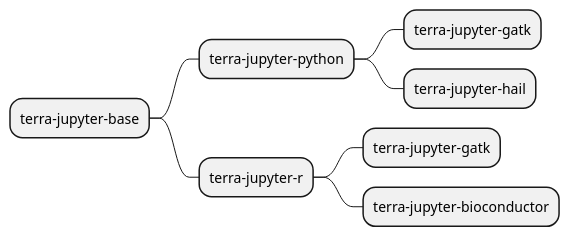
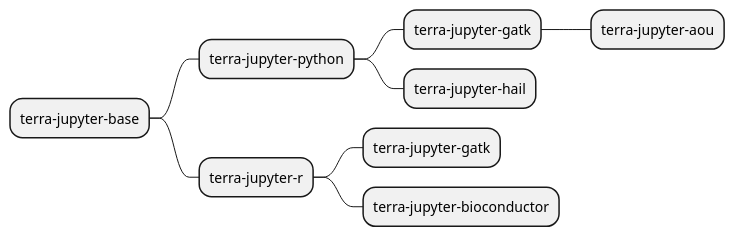
One commit to DataBiosphere/terra-docker changed the diagram in mind.puml. Above: the diagram before and after it, drawn with PlantUML. The commit also changed 15 other files, not shown here.

```diff
--- a/mind.puml
+++ b/mind.puml
@@ -1,9 +1,10 @@
 @startmindmap
 * terra-jupyter-base
 ** terra-jupyter-python
 *** terra-jupyter-gatk
+**** terra-jupyter-aou
 *** terra-jupyter-hail
 ** terra-jupyter-r
 *** terra-jupyter-gatk
 *** terra-jupyter-bioconductor
 @endmindmap
```
